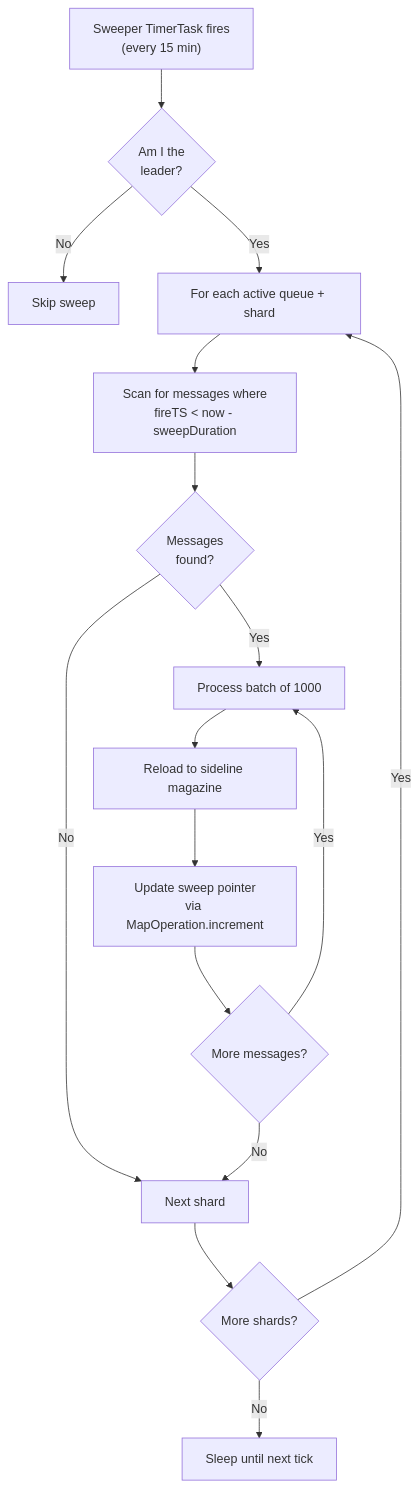
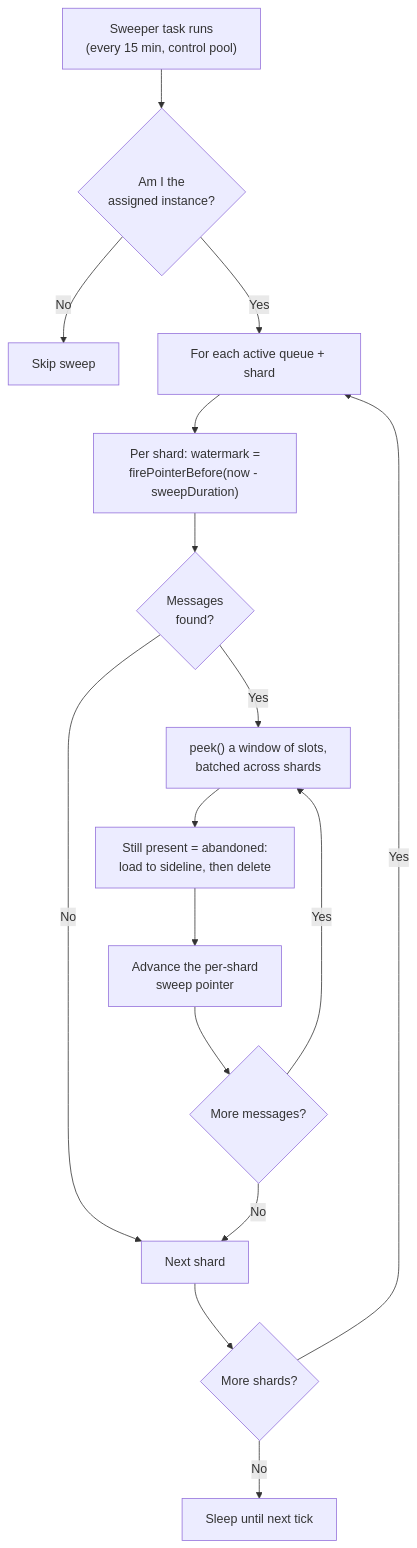
Before and after one commit to PhonePe/IgnisMQ: the fourth of 6 diagrams in docs/docs/core-concepts.md, drawn with Mermaid. The commit also changed other lines of this file and 39 other files, not shown here.

````diff
--- a/docs/docs/core-concepts.md
+++ b/docs/docs/core-concepts.md
@@ -171,18 +197,18 @@
 ```mermaid
 flowchart TD
-    Start["Sweeper TimerTask fires<br/>(every 15 min)"] --> Leader{"Am I the<br/>leader?"}
-    Leader -->|No| Skip["Skip sweep"]
-    Leader -->|Yes| Iterate["For each active queue + shard"]
-    Iterate --> Scan["Scan for messages where<br/>fireTS < now - sweepDuration"]
+    Start["Sweeper task runs<br/>(every 15 min, control pool)"] --> Active{"Am I the<br/>assigned instance?"}
+    Active -->|No| Skip["Skip sweep"]
+    Active -->|Yes| Iterate["For each active queue + shard"]
+    Iterate --> Scan["Per shard: watermark =<br/>firePointerBefore(now - sweepDuration)"]
     Scan --> Found{"Messages<br/>found?"}
     Found -->|No| Next["Next shard"]
-    Found -->|Yes| Batch["Process batch of 1000"]
-    Batch --> Reload["Reload to sideline magazine"]
-    Reload --> Update["Update sweep pointer<br/>via MapOperation.increment"]
+    Found -->|Yes| Batch["peek() a window of slots,<br/>batched across shards"]
+    Batch --> Reload["Still present = abandoned:<br/>load to sideline, then delete"]
+    Reload --> Update["Advance the per-shard<br/>sweep pointer"]
     Update --> More{"More messages?"}
     More -->|Yes| Batch
     More -->|No| Next
     Next --> Done{"More shards?"}
     Done -->|Yes| Iterate
     Done -->|No| End["Sleep until next tick"]
 ```
````
